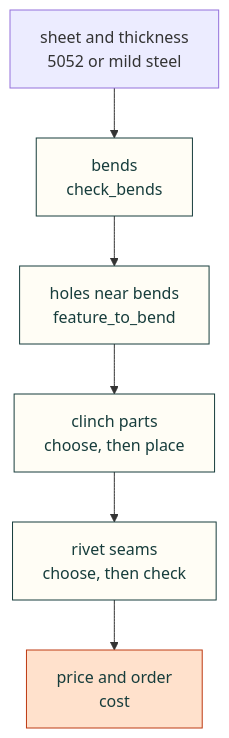
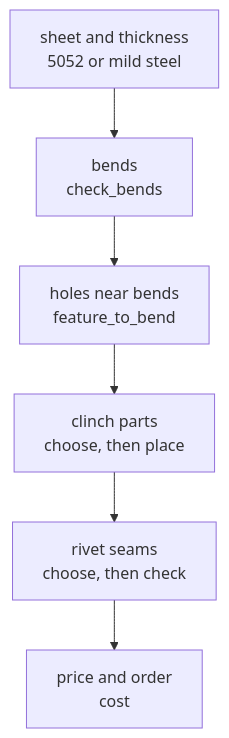
The diagram in skills/sheet-metal-hardware/SKILL.md (Valpatel/cad-agent), drawn with Mermaid before and after one commit.

Commit message:
Skill: drop the Mermaid classDef lines (the site adds the palette)

````diff
--- a/skills/sheet-metal-hardware/SKILL.md
+++ b/skills/sheet-metal-hardware/SKILL.md
@@ -13,12 +13,10 @@
 ```mermaid
 flowchart TD
     M["sheet and thickness<br/>5052 or mild steel"] --> B["bends<br/>check_bends"]
     B --> H["holes near bends<br/>feature_to_bend"]
     H --> C["clinch parts<br/>choose, then place"]
     C --> R["rivet seams<br/>choose, then check"]
     R --> P["price and order<br/>cost"]
-    classDef here fill:#fffdf5,stroke:#173d3c,color:#173d3c
-    classDef out fill:#ffe1cc,stroke:#bd3a12,color:#173d3c
     class B,H,C,R here
     class P out
 ```
````
